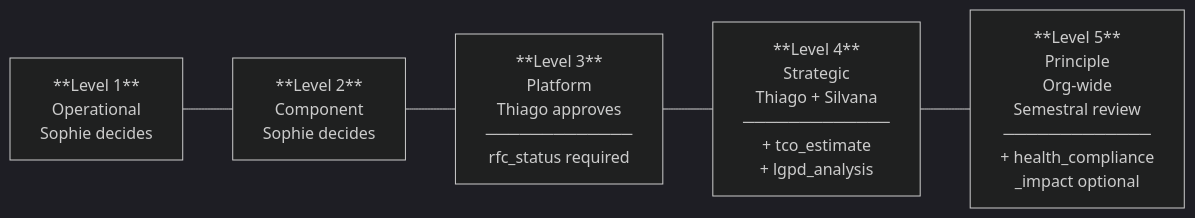
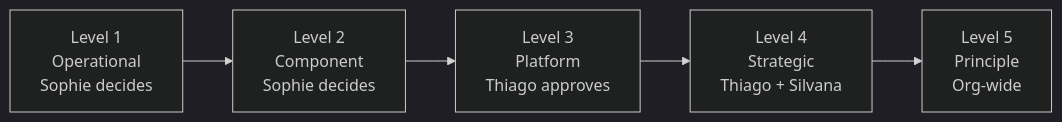
Before and after one commit to sophie-pyxis/adr_hub: the tenth of 15 diagrams in README.md, drawn with Mermaid (dark theme). The commit also changed other lines of this file, not shown here.

First line of the commit message:
Simplify architectural diagrams for enterprise readability

````diff
--- a/README.md
+++ b/README.md
@@ -201,10 +287,10 @@
 ```mermaid
 flowchart LR
-    L1["**Level 1**<br/>Operational<br/>Sophie decides"]
-    L2["**Level 2**<br/>Component<br/>Sophie decides"]
-    L3["**Level 3**<br/>Platform<br/>Thiago approves<br/>─────────────<br/>rfc_status required"]
-    L4["**Level 4**<br/>Strategic<br/>Thiago + Silvana<br/>─────────────<br/>+ tco_estimate<br/>+ lgpd_analysis"]
-    L5["**Level 5**<br/>Principle<br/>Org-wide<br/>Semestral review<br/>─────────────<br/>+ health_compliance<br/>_impact optional"]
-
-    L1 --- L2 --- L3 --- L4 --- L5
+    L1["Level 1<br/>Operational<br/>Sophie decides"]
+    L2["Level 2<br/>Component<br/>Sophie decides"]
+    L3["Level 3<br/>Platform<br/>Thiago approves"]
+    L4["Level 4<br/>Strategic<br/>Thiago + Silvana"]
+    L5["Level 5<br/>Principle<br/>Org-wide"]
+    
+    L1 --> L2 --> L3 --> L4 --> L5
 ```
````
